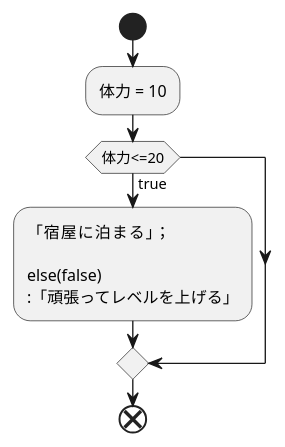
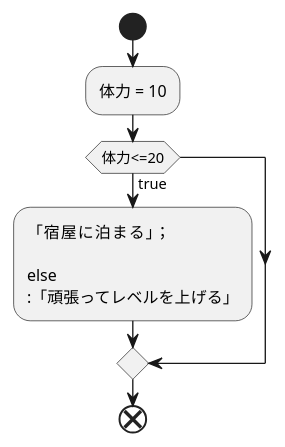
Before and after one commit to aso2001362/2021sys-design: the diagram in kadai2.md, drawn with PlantUML.

````diff
--- a/kadai2.md
+++ b/kadai2.md
@@ -1,13 +1,13 @@
 ```uml
 @startuml
 start
 :体力 = 10;
 if(体力<=20)then(true)
 :「宿屋に泊まる」；
 
-else(false)
+else
 :「頑張ってレベルを上げる」;
 endif
 end
 @enduml
 ```
````
